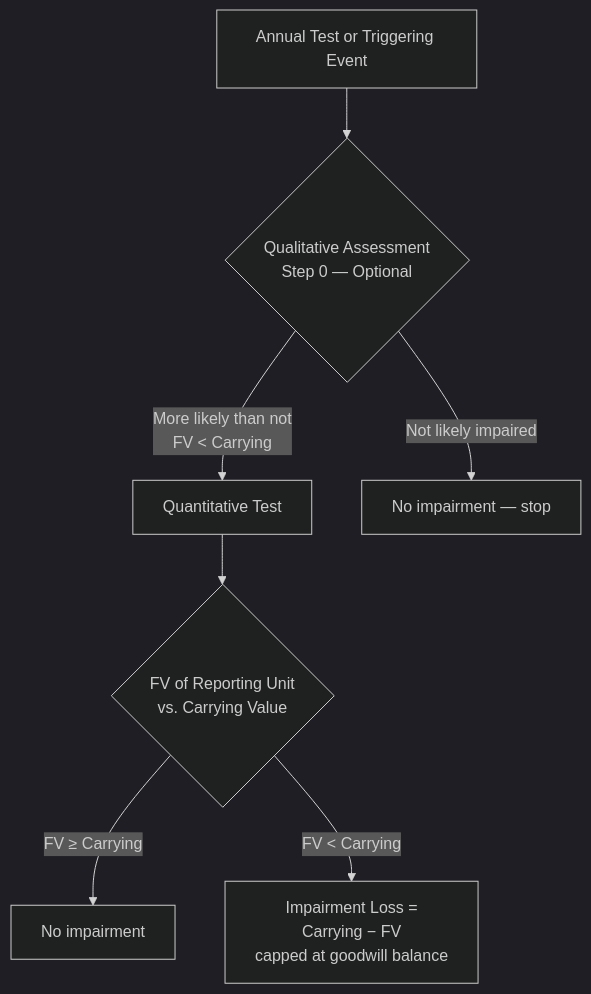
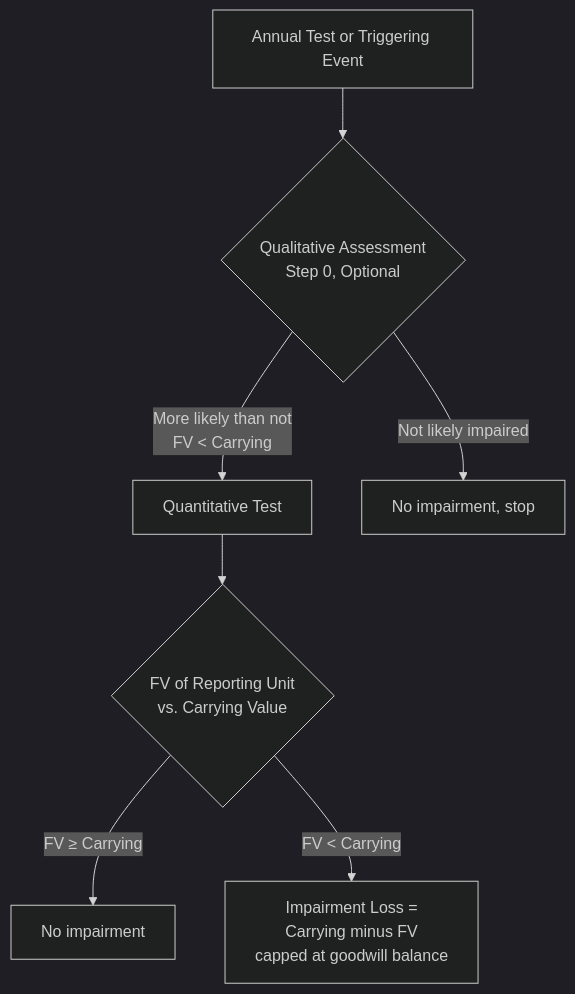
The second of 2 diagrams in docs/far/assets/intangible-assets.md (subwaymatch/cpabear-book), drawn with Mermaid (dark theme) before and after one commit. The commit also changed other lines of this file and 222 other files, not shown here.

````diff
--- a/docs/far/assets/intangible-assets.md
+++ b/docs/far/assets/intangible-assets.md
@@ -140,9 +145,9 @@
 ```mermaid
 graph TD
-    A[Annual Test or Triggering Event] --> B{Qualitative Assessment<br/>Step 0 — Optional}
+    A[Annual Test or Triggering Event] --> B{Qualitative Assessment<br/>Step 0, Optional}
     B -->|More likely than not<br/>FV < Carrying| C[Quantitative Test]
-    B -->|Not likely impaired| D[No impairment — stop]
+    B -->|Not likely impaired| D[No impairment, stop]
     C --> E{FV of Reporting Unit<br/>vs. Carrying Value}
     E -->|FV ≥ Carrying| F[No impairment]
-    E -->|FV < Carrying| G[Impairment Loss =<br/>Carrying − FV<br/>capped at goodwill balance]
+    E -->|FV < Carrying| G[Impairment Loss =<br/>Carrying minus FV<br/>capped at goodwill balance]
 ```
````
